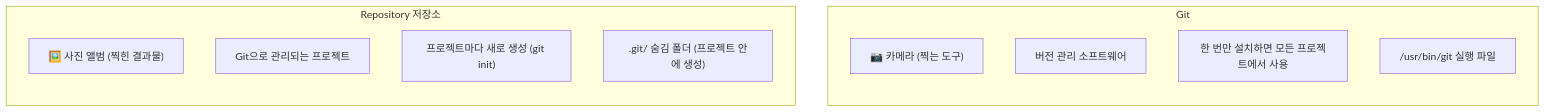
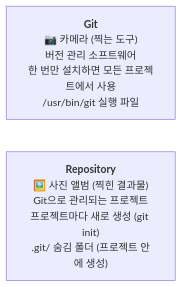
One commit to jingu279/Document changed the second of 5 diagrams in 01_Introduction/01_What_is_Git.md. Above: the diagram before and after it, drawn with Mermaid. The commit also changed other lines of this file and 16 other files, not shown here.

Commit message:
Fix all Mermaid rendering issues (subgraph-to-subgraph, unconnected nodes, reserved names, dashes)

````diff
--- a/01_Introduction/01_What_is_Git.md
+++ b/01_Introduction/01_What_is_Git.md
@@ -28,18 +28,5 @@
 ```mermaid
-flowchart TB
-  subgraph GitConcept[Git]
-    direction TB
-    G1["📷 카메라 (찍는 도구)"]
-    G2["버전 관리 소프트웨어"]
-    G3["한 번만 설치하면 모든 프로젝트에서 사용"]
-    G4["/usr/bin/git 실행 파일"]
-  end
-
-  subgraph RepoConcept[Repository 저장소]
-    direction TB
-    R1["🖼️ 사진 앨범 (찍힌 결과물)"]
-    R2["Git으로 관리되는 프로젝트"]
-    R3["프로젝트마다 새로 생성 (git init)"]
-    R4[".git/ 숨김 폴더 (프로젝트 안에 생성)"]
-  end
+flowchart LR
+  Git["<b>Git</b><br/>📷 카메라 (찍는 도구)<br/>버전 관리 소프트웨어<br/>한 번만 설치하면 모든 프로젝트에서 사용<br/>/usr/bin/git 실행 파일"]
+  Repo["<b>Repository</b><br/>🖼️ 사진 앨범 (찍힌 결과물)<br/>Git으로 관리되는 프로젝트<br/>프로젝트마다 새로 생성 (git init)<br/>.git/ 숨김 폴더 (프로젝트 안에 생성)"]
 ```
````
